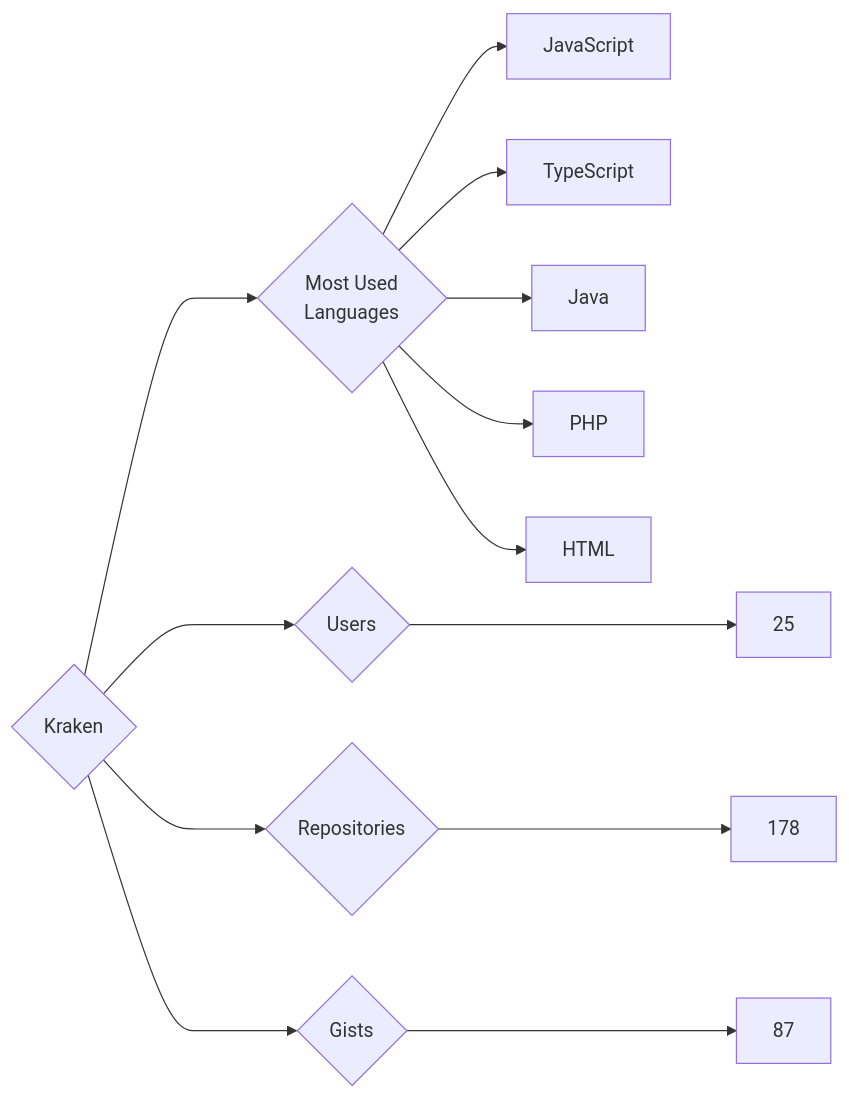
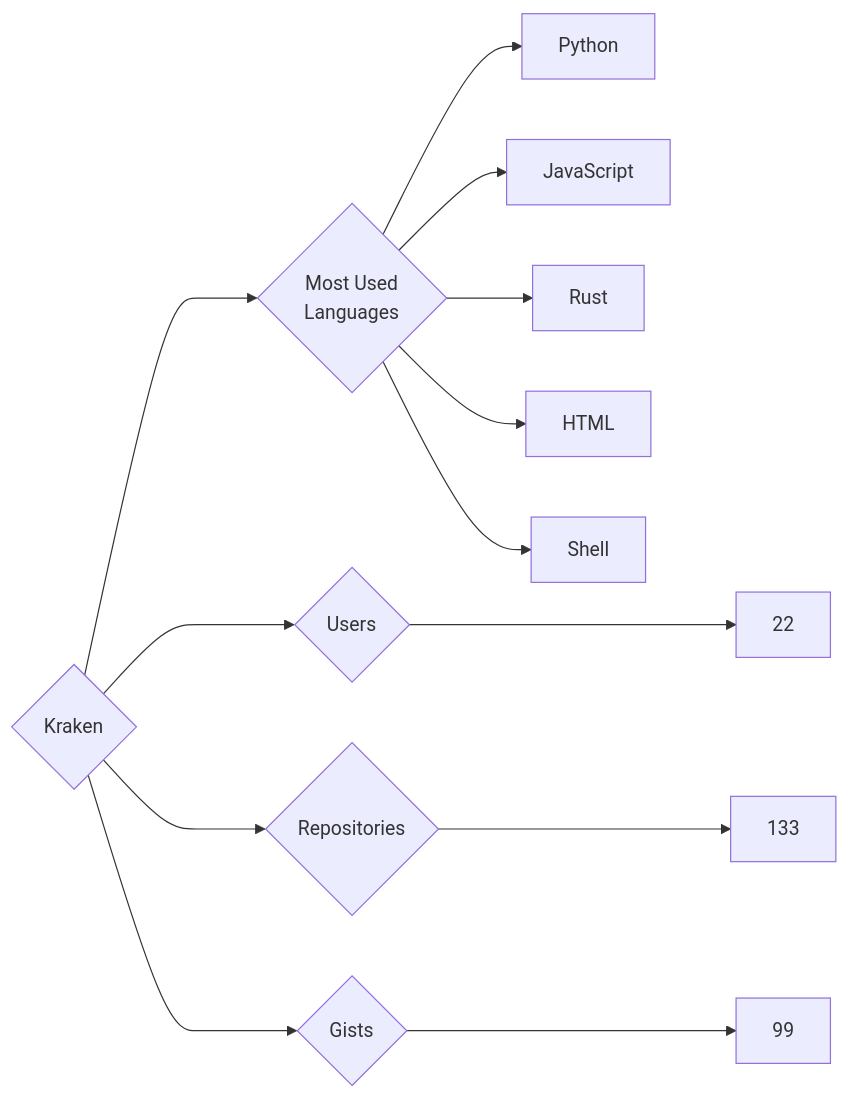
The diagram in targets/Kraken/README.md (trickest/insiders), drawn with Mermaid before and after one commit. The commit also changed 895 other files, not shown here.

````diff
--- a/targets/Kraken/README.md
+++ b/targets/Kraken/README.md
@@ -3,13 +3,13 @@
 ```mermaid
 graph LR
 COMPANY_NAME{Kraken}
-COMPANY_NAME ---> U{Users} ---> UN[25]
-COMPANY_NAME ---> R{Repositories} ---> RN[178]
-COMPANY_NAME ---> G{Gists} ---> GN[87]
+COMPANY_NAME ---> U{Users} ---> UN[22]
+COMPANY_NAME ---> R{Repositories} ---> RN[133]
+COMPANY_NAME ---> G{Gists} ---> GN[99]
 COMPANY_NAME ---> ML{Most Used<br>Languages}
+ML --> Python[Python]
 ML --> JavaScript[JavaScript]
-ML --> TypeScript[TypeScript]
-ML --> Java[Java]
-ML --> PHP[PHP]
+ML --> Rust[Rust]
 ML --> HTML[HTML]
+ML --> Shell[Shell]
 ```
````
